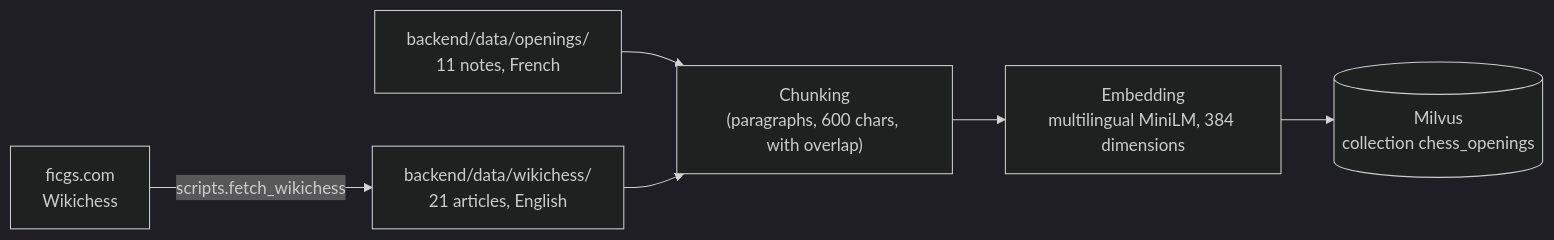
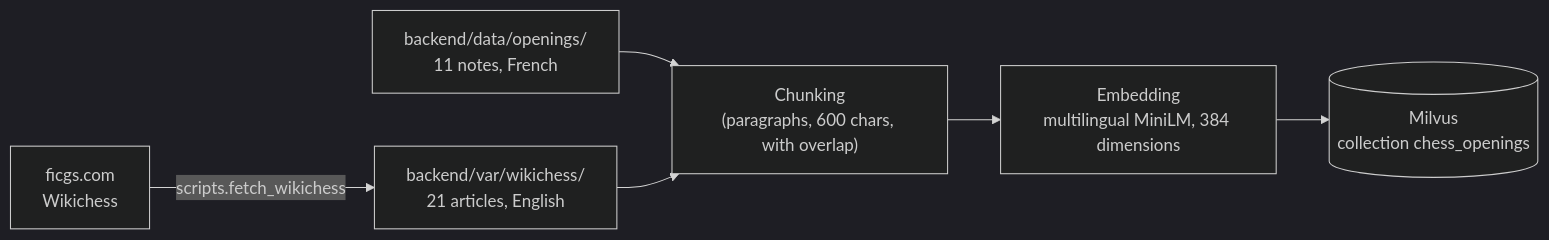
The third of 3 diagrams in docs/architecture.md (BenoitJT-GIRARD/lab-chess-coach-agent), drawn with Mermaid (dark theme) before and after one commit. The commit also changed other lines of this file and 15 other files, not shown here.

````diff
--- a/docs/architecture.md
+++ b/docs/architecture.md
@@ -142,8 +142,8 @@
 ```mermaid
 flowchart LR
-    FICGS["ficgs.com<br/>Wikichess"] -->|"scripts.fetch_wikichess"| FILES["backend/data/wikichess/<br/>21 articles, English"]
+    FICGS["ficgs.com<br/>Wikichess"] -->|"scripts.fetch_wikichess"| FILES["backend/var/wikichess/<br/>21 articles, English"]
     NOTES["backend/data/openings/<br/>11 notes, French"] --> CHUNK
     FILES --> CHUNK["Chunking<br/>(paragraphs, 600 chars, with overlap)"]
     CHUNK --> EMBED["Embedding<br/>multilingual MiniLM, 384 dimensions"]
     EMBED --> MILVUS[("Milvus<br/>collection chess_openings")]
 ```
````
